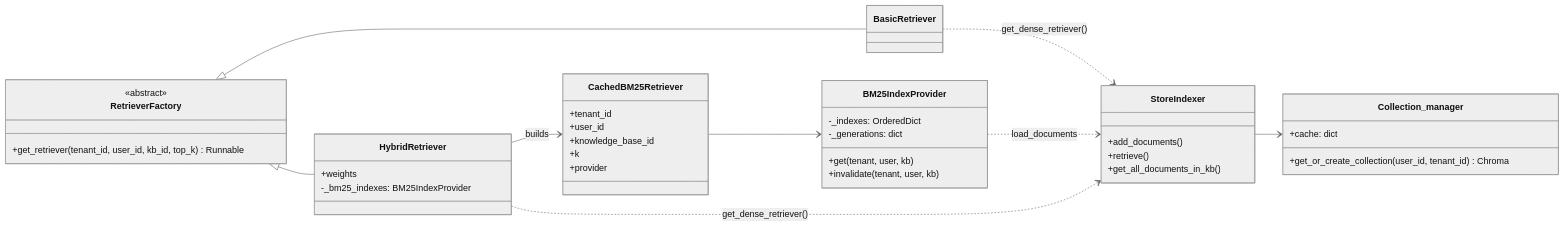
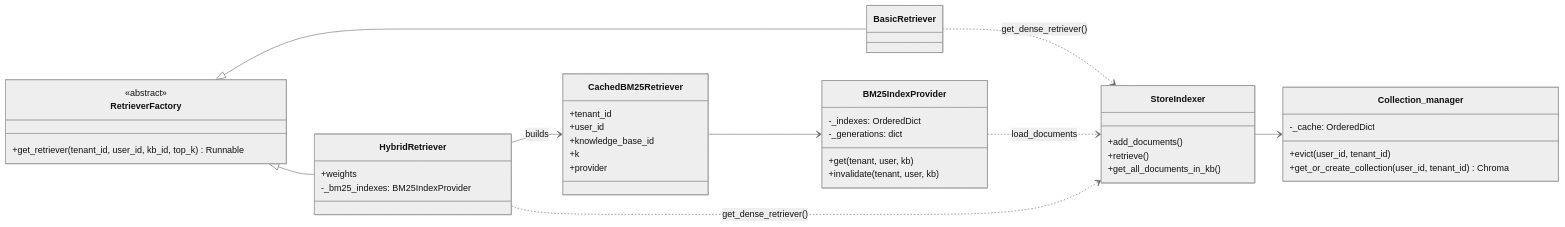
The third of 9 diagrams in docs/vectorstore/vectorstore-retriever-structure-20261009.md (jltz1207/LoginFastapi), drawn with Mermaid (neutral theme) before and after one commit. The commit also changed other lines of this file and 5 other files, not shown here.

````diff
--- a/docs/vectorstore/vectorstore-retriever-structure-20261009.md
+++ b/docs/vectorstore/vectorstore-retriever-structure-20261009.md
@@ -46,43 +46,44 @@
 ```mermaid
 classDiagram
     direction LR
     class RetrieverFactory {
         <<abstract>>
         +get_retriever(tenant_id, user_id, kb_id, top_k) Runnable
     }
     class BasicRetriever
     class HybridRetriever {
         +weights
         -_bm25_indexes: BM25IndexProvider
     }
     class CachedBM25Retriever {
         +tenant_id
         +user_id
         +knowledge_base_id
         +k
         +provider
     }
     class BM25IndexProvider {
         -_indexes: OrderedDict
         -_generations: dict
         +get(tenant, user, kb)
         +invalidate(tenant, user, kb)
     }
     class StoreIndexer {
         +add_documents()
         +retrieve()
         +get_all_documents_in_kb()
     }
     class Collection_manager {
-        +cache: dict
+        -_cache: OrderedDict
+        +evict(user_id, tenant_id)
         +get_or_create_collection(user_id, tenant_id) Chroma
     }
     RetrieverFactory <|-- BasicRetriever
     RetrieverFactory <|-- HybridRetriever
     HybridRetriever --> CachedBM25Retriever : builds
     HybridRetriever ..> StoreIndexer : get_dense_retriever()
     BasicRetriever ..> StoreIndexer : get_dense_retriever()
     CachedBM25Retriever --> BM25IndexProvider
     BM25IndexProvider ..> StoreIndexer : load_documents
     StoreIndexer --> Collection_manager
 ```
````
